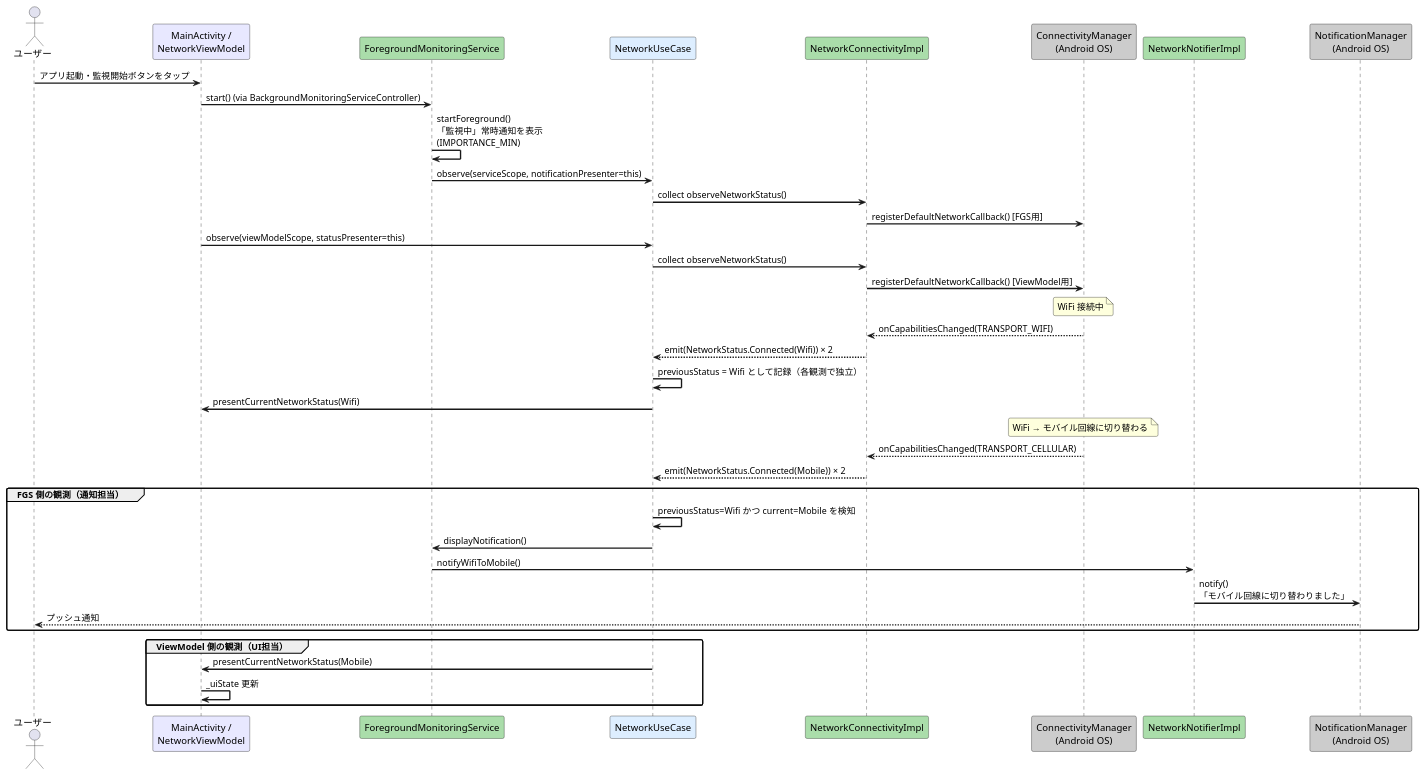
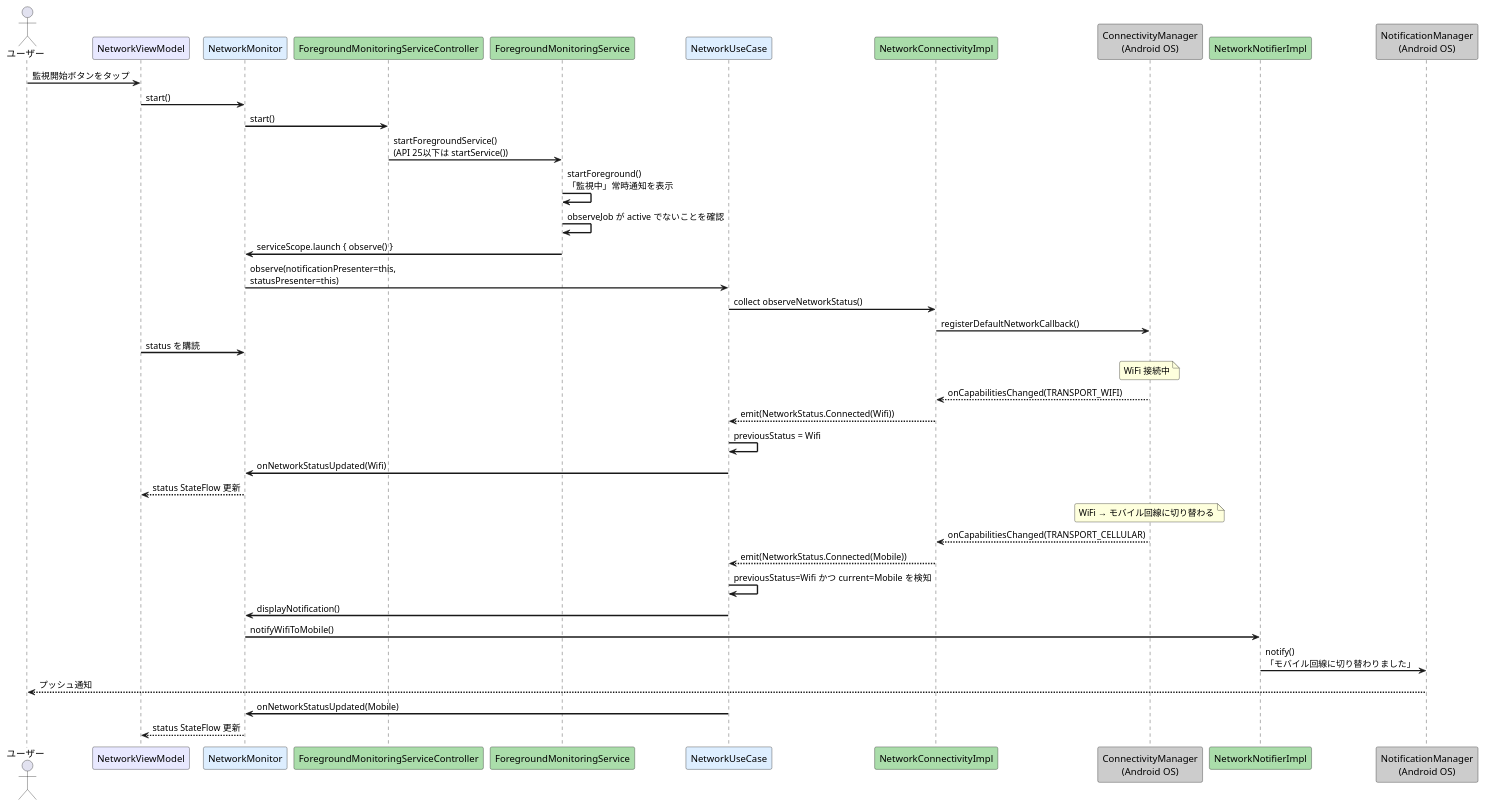
The first of 4 diagrams in docs/notification-sequence.md (kyo1941/wifi-observer), drawn with PlantUML before and after one commit. The commit also changed other lines of this file and 2 other files, not shown here.

Commit message:
docs: update background monitoring design

````diff
--- a/docs/notification-sequence.md
+++ b/docs/notification-sequence.md
@@ -7,51 +9,50 @@
 ```plantuml
 @startuml
 skinparam sequenceArrowThickness 2
 skinparam roundcorner 5
 
 actor ユーザー
-participant "MainActivity /\nNetworkViewModel" as ViewModel #E8E8FF
+participant "NetworkViewModel" as ViewModel #E8E8FF
+participant "NetworkMonitor" as Monitor #DDEEFF
+participant "ForegroundMonitoringServiceController" as Controller #AADDAA
 participant "ForegroundMonitoringService" as Service #AADDAA
 participant "NetworkUseCase" as UseCase #DDEEFF
 participant "NetworkConnectivityImpl" as Connectivity #AADDAA
 participant "ConnectivityManager\n(Android OS)" as OS #CCCCCC
 participant "NetworkNotifierImpl" as Notifier #AADDAA
 participant "NotificationManager\n(Android OS)" as NotifOS #CCCCCC
 
-ユーザー -> ViewModel: アプリ起動・監視開始ボタンをタップ
-ViewModel -> Service: start() (via BackgroundMonitoringServiceController)
-Service -> Service: startForeground()\n「監視中」常時通知を表示\n(IMPORTANCE_MIN)
-Service -> UseCase: observe(serviceScope, notificationPresenter=this)
+ユーザー -> ViewModel: 監視開始ボタンをタップ
+ViewModel -> Monitor: start()
+Monitor -> Controller: start()
+Controller -> Service: startForegroundService()\n(API 25以下は startService())
+Service -> Service: startForeground()\n「監視中」常時通知を表示
+Service -> Service: observeJob が active でないことを確認
+Service -> Monitor: serviceScope.launch { observe() }
+Monitor -> UseCase: observe(notificationPresenter=this,\nstatusPresenter=this)
 UseCase -> Connectivity: collect observeNetworkStatus()
-Connectivity -> OS: registerDefaultNetworkCallback() [FGS用]
+Connectivity -> OS: registerDefaultNetworkCallback()
 
-ViewModel -> UseCase: observe(viewModelScope, statusPresenter=this)
-UseCase -> Connectivity: collect observeNetworkStatus()
-Connectivity -> OS: registerDefaultNetworkCallback() [ViewModel用]
+ViewModel -> Monitor: status を購読
 
 note over OS: WiFi 接続中
 
 OS --> Connectivity: onCapabilitiesChanged(TRANSPORT_WIFI)
-Connectivity --> UseCase: emit(NetworkStatus.Connected(Wifi)) × 2
-UseCase -> UseCase: previousStatus = Wifi として記録（各観測で独立）
-UseCase -> ViewModel: presentCurrentNetworkStatus(Wifi)
+Connectivity --> UseCase: emit(NetworkStatus.Connected(Wifi))
+UseCase -> UseCase: previousStatus = Wifi
+UseCase -> Monitor: onNetworkStatusUpdated(Wifi)
+Monitor --> ViewModel: status StateFlow 更新
 
 note over OS: WiFi → モバイル回線に切り替わる
 
 OS --> Connectivity: onCapabilitiesChanged(TRANSPORT_CELLULAR)
-Connectivity --> UseCase: emit(NetworkStatus.Connected(Mobile)) × 2
-
-group FGS 側の観測（通知担当）
-    UseCase -> UseCase: previousStatus=Wifi かつ current=Mobile を検知
-    UseCase -> Service: displayNotification()
-    Service -> Notifier: notifyWifiToMobile()
-    Notifier -> NotifOS: notify()\n「モバイル回線に切り替わりました」
-    NotifOS --> ユーザー: プッシュ通知
-end
-
-group ViewModel 側の観測（UI担当）
-    UseCase -> ViewModel: presentCurrentNetworkStatus(Mobile)
-    ViewModel -> ViewModel: _uiState 更新
-end
+Connectivity --> UseCase: emit(NetworkStatus.Connected(Mobile))
+UseCase -> UseCase: previousStatus=Wifi かつ current=Mobile を検知
+UseCase -> Monitor: displayNotification()
+Monitor -> Notifier: notifyWifiToMobile()
+Notifier -> NotifOS: notify()\n「モバイル回線に切り替わりました」
+NotifOS --> ユーザー: プッシュ通知
+UseCase -> Monitor: onNetworkStatusUpdated(Mobile)
+Monitor --> ViewModel: status StateFlow 更新
 @enduml
 ```
````
